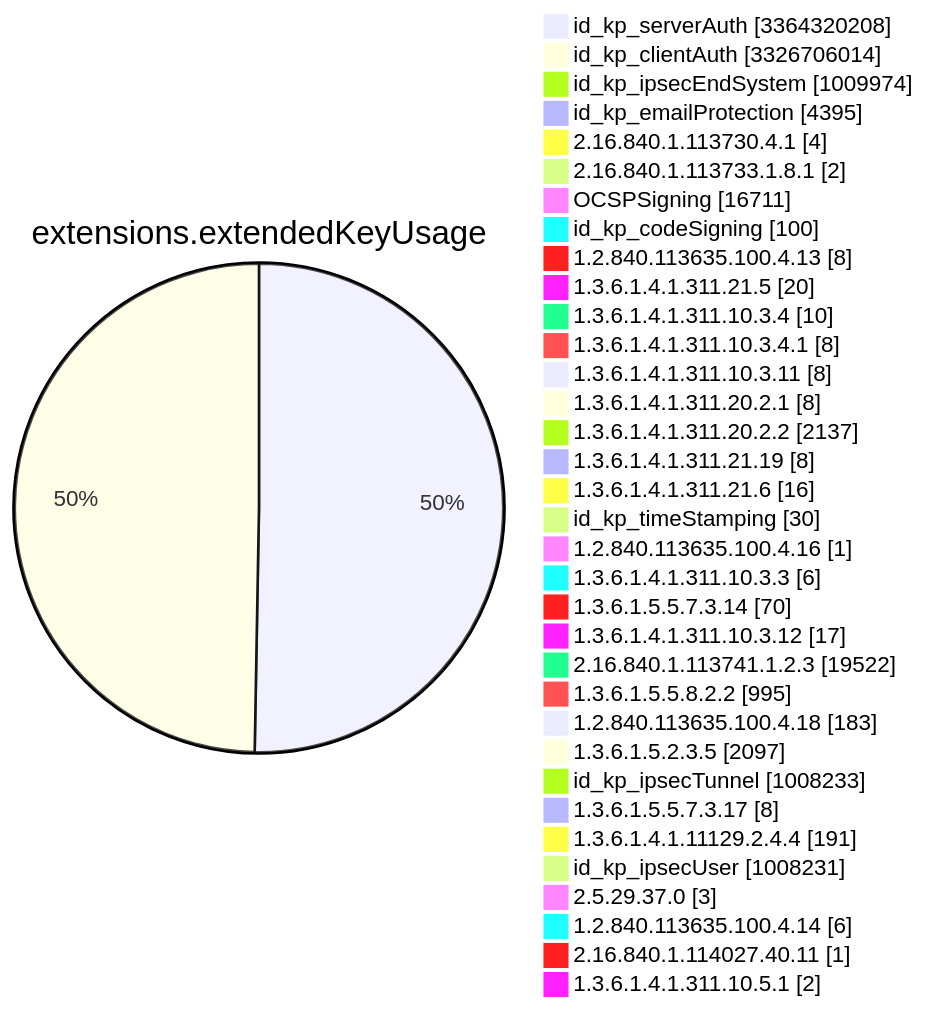
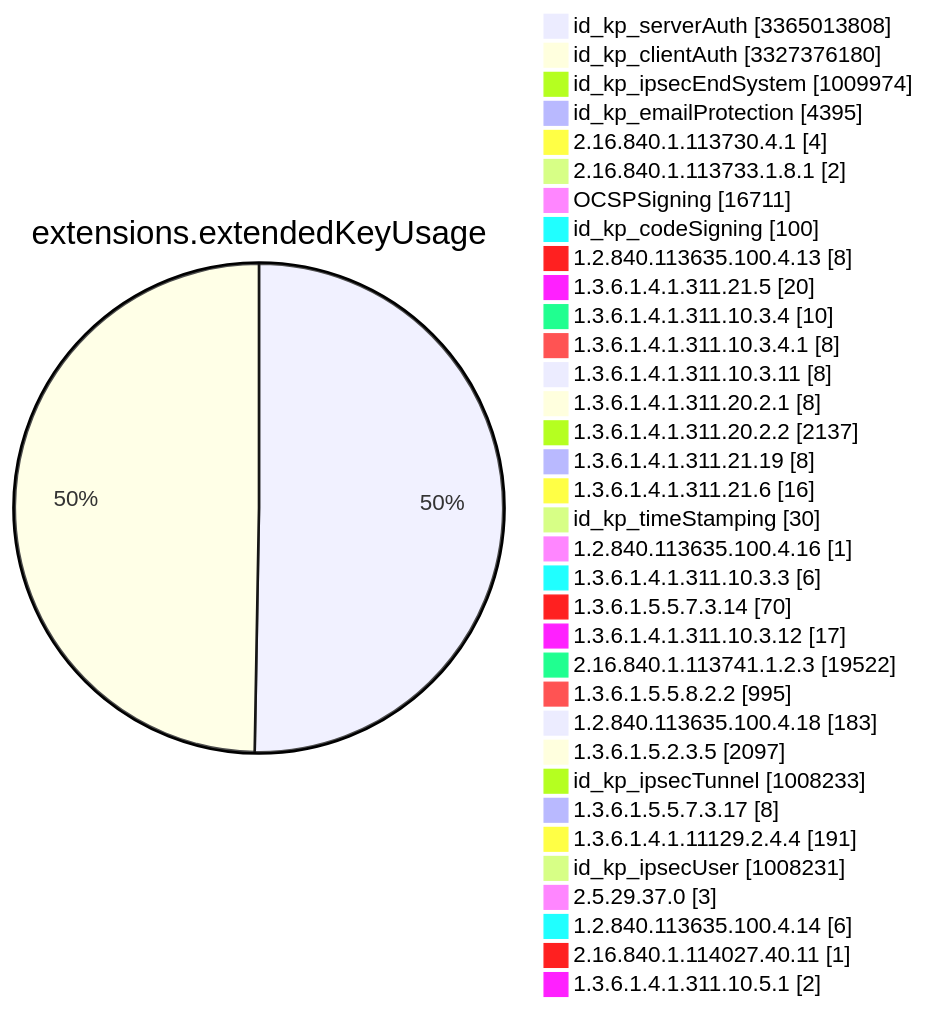
Diagram 11 of 15 in TOTAL/README.md (christiankrug/ctmonitor_visualization), drawn with Mermaid before and after one commit. The commit also changed other lines of this file, not shown here.

````diff
--- a/TOTAL/README.md
+++ b/TOTAL/README.md
@@ -4120,38 +4120,38 @@
 ```mermaid
 pie showData
 title extensions.extendedKeyUsage
-"id_kp_serverAuth" :3364320208
-"id_kp_clientAuth" :3326706014
+"id_kp_serverAuth" :3365013808
+"id_kp_clientAuth" :3327376180
 "id_kp_ipsecEndSystem" :1009974
 "id_kp_emailProtection" :4395
 "2.16.840.1.113730.4.1" :4
 "2.16.840.1.113733.1.8.1" :2
 "OCSPSigning" :16711
 "id_kp_codeSigning" :100
 "1.2.840.113635.100.4.13" :8
 "1.3.6.1.4.1.311.21.5" :20
 "1.3.6.1.4.1.311.10.3.4" :10
 "1.3.6.1.4.1.311.10.3.4.1" :8
 "1.3.6.1.4.1.311.10.3.11" :8
 "1.3.6.1.4.1.311.20.2.1" :8
 "1.3.6.1.4.1.311.20.2.2" :2137
 "1.3.6.1.4.1.311.21.19" :8
 "1.3.6.1.4.1.311.21.6" :16
 "id_kp_timeStamping" :30
 "1.2.840.113635.100.4.16" :1
 "1.3.6.1.4.1.311.10.3.3" :6
 "1.3.6.1.5.5.7.3.14" :70
 "1.3.6.1.4.1.311.10.3.12" :17
 "2.16.840.1.113741.1.2.3" :19522
 "1.3.6.1.5.5.8.2.2" :995
 "1.2.840.113635.100.4.18" :183
 "1.3.6.1.5.2.3.5" :2097
 "id_kp_ipsecTunnel" :1008233
 "1.3.6.1.5.5.7.3.17" :8
 "1.3.6.1.4.1.11129.2.4.4" :191
 "id_kp_ipsecUser" :1008231
 "2.5.29.37.0" :3
 "1.2.840.113635.100.4.14" :6
 "2.16.840.1.114027.40.11" :1
 "1.3.6.1.4.1.311.10.5.1" :2
 ```
````
